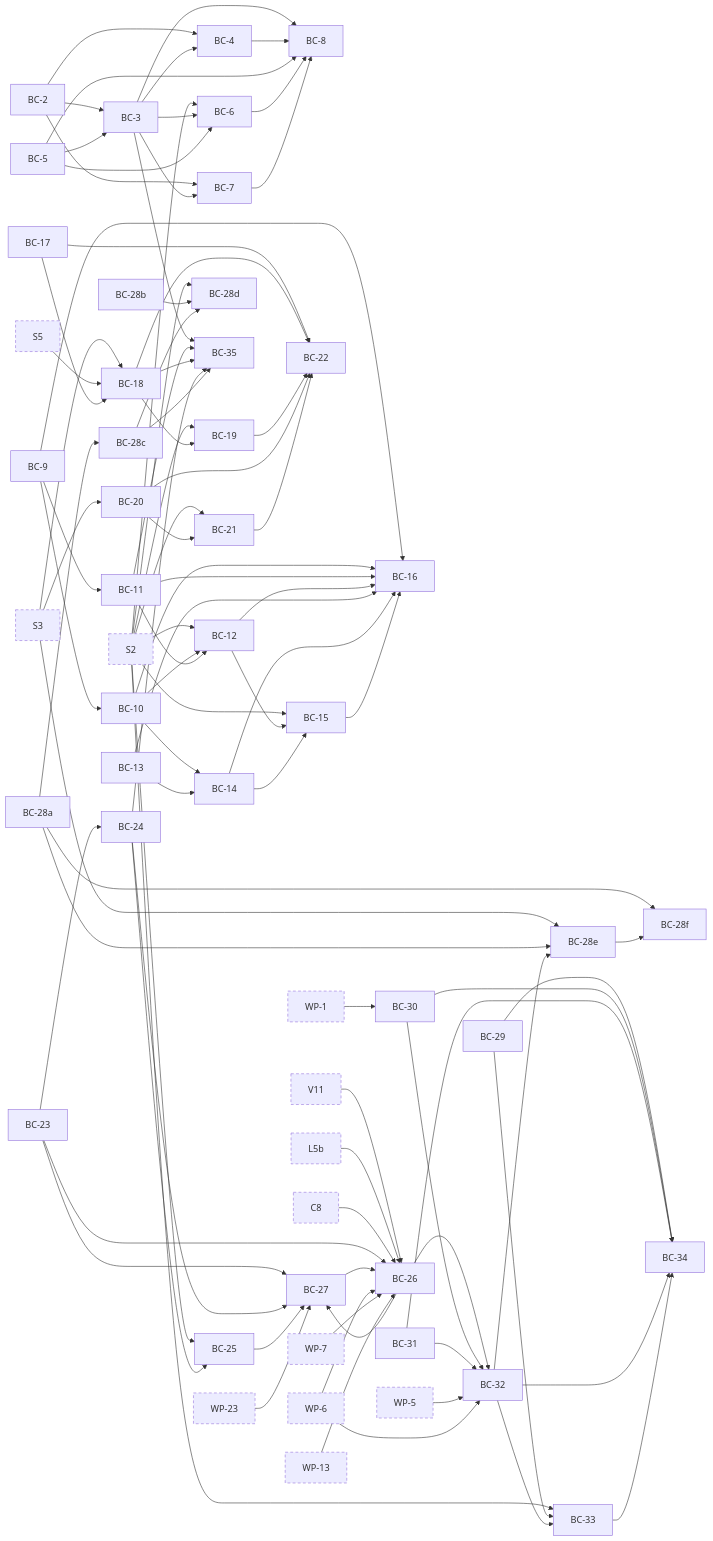
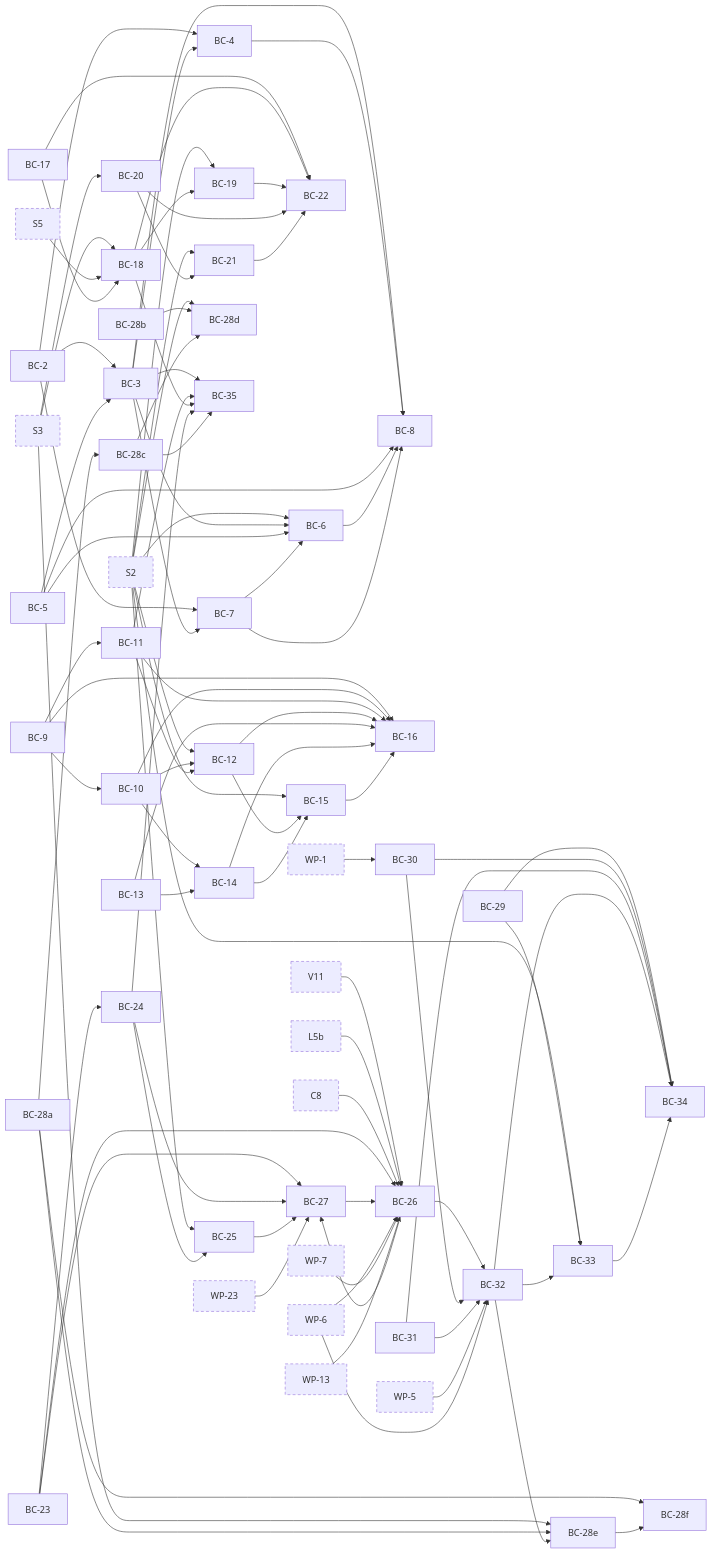
One commit to jhoblitt/rgw-go changed the seventh of 10 diagrams in docs/superpowers/plans/2026-10-13-phase-2/dependencies.md. Above: the diagram before and after it, drawn with Mermaid. The commit also changed 1 other file, not shown here.

Commit message:
docs(plan): give BC-6 and BC-7 the preflight's obligations from BC-3's review
BC-3's op answers a forged preflight as an anonymous one, which holds end
to end only if the route keeps the key's user out of the response.
SetCommonHeaders sets x-amz-request-charged from the identity, the error
writer's 301 included, so BC-7 takes a rule for every OPTIONS response:
no x-amz-request-charged, an anonymous preflight's included, and no
Access-Control headers of its own. BC-7 also owns the one renderer of the
preflight's headers, with authorized the constant true, which BC-6's
route calls, so BC-6 moves to wave 4 after BC-7.

BC-6 runs the tenant ruling through the real PostAuthInit, names the
end-to-end table's bucket :plain so every key resolves it alike, adds the
anonymous preflight, the 301 and an object-scope entry to that table,
builds the object-scope op without reading the object, hands the ops the
x-amz-storage-class whose refusal BC-3's ops make, and retires or
rewords the exclusions and the registry text that describe the CORS ops
as not yet routed.

```diff
--- a/docs/superpowers/plans/2026-10-13-phase-2/dependencies.md
+++ b/docs/superpowers/plans/2026-10-13-phase-2/dependencies.md
@@ -599,6 +599,7 @@
   t_S2 --> t_BC_6
   t_BC_3 --> t_BC_6
   t_BC_5 --> t_BC_6
+  t_BC_7 --> t_BC_6
   t_BC_2 --> t_BC_7
   t_BC_3 --> t_BC_7
   t_BC_3 --> t_BC_8
```
